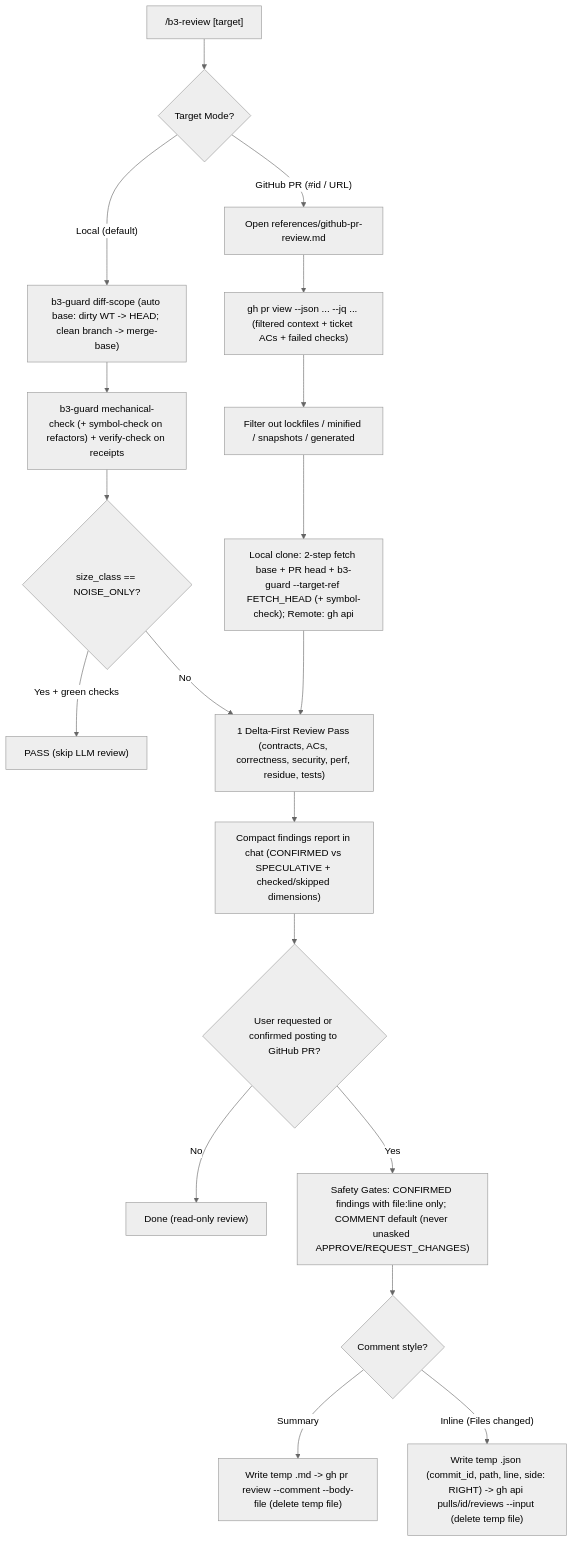
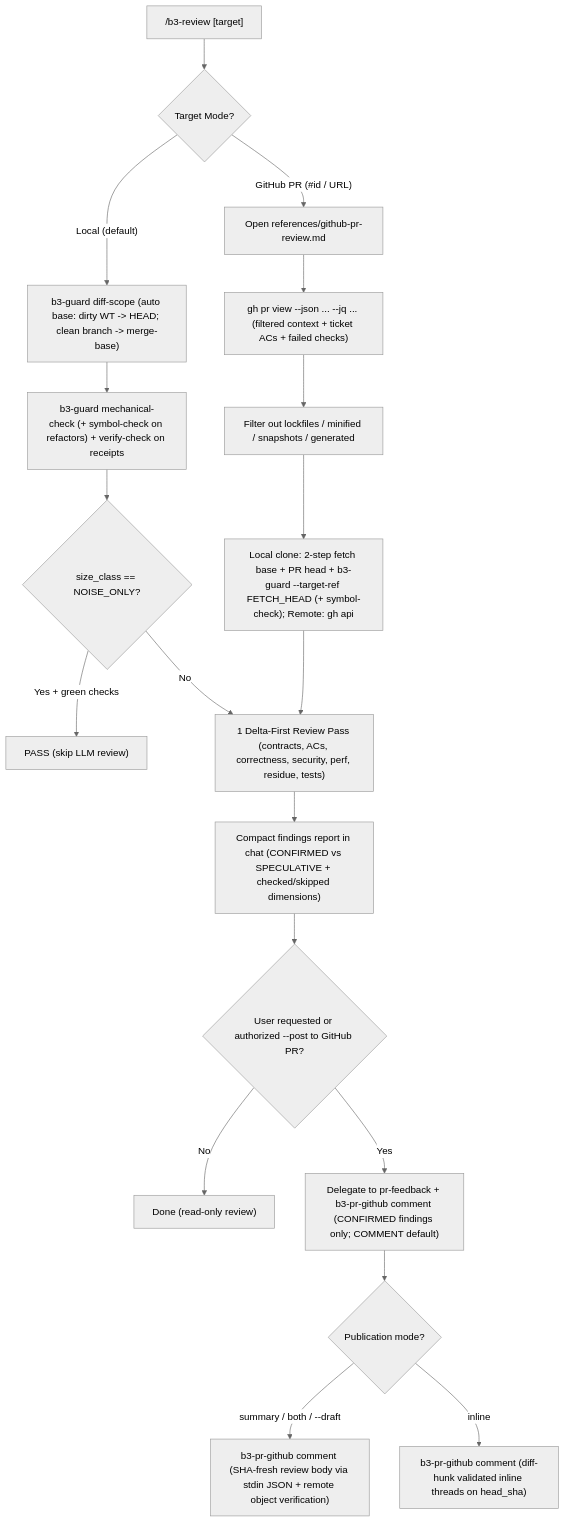
One commit to hptbee/b3_ai-engineering changed the fourth of 5 diagrams in docs/ship-and-review-guide.md. Above: the diagram before and after it, drawn with Mermaid (neutral theme). The commit also changed other lines of this file and 15 other files, not shown here.

````diff
--- a/docs/ship-and-review-guide.md
+++ b/docs/ship-and-review-guide.md
@@ -152,24 +166,24 @@
 ```mermaid
 flowchart TD
     Inv["/b3-review [target]"] --> Mode{"Target Mode?"}
 
     Mode -->|"Local (default)"| AutoBase["b3-guard diff-scope (auto base: dirty WT -> HEAD; clean branch -> merge-base)"]
     AutoBase --> LocalMech["b3-guard mechanical-check (+ symbol-check on refactors) + verify-check on receipts"]
     LocalMech --> LocalNoise{"size_class == NOISE_ONLY?"}
     LocalNoise -->|"Yes + green checks"| LocalPass["PASS (skip LLM review)"]
     LocalNoise -->|"No"| ReviewPass["1 Delta-First Review Pass (contracts, ACs, correctness, security, perf, residue, tests)"]
 
     Mode -->|"GitHub PR (#id / URL)"| LoadRef["Open references/github-pr-review.md"]
     LoadRef --> PrMeta["gh pr view --json ... --jq ... (filtered context + ticket ACs + failed checks)"]
     PrMeta --> FilterNoise["Filter out lockfiles / minified / snapshots / generated"]
     FilterNoise --> FetchDiff["Local clone: 2-step fetch base + PR head + b3-guard --target-ref FETCH_HEAD (+ symbol-check); Remote: gh api"]
     FetchDiff --> ReviewPass
 
     ReviewPass --> ChatReport["Compact findings report in chat (CONFIRMED vs SPECULATIVE + checked/skipped dimensions)"]
-    ChatReport --> PostGate{"User requested or confirmed posting to GitHub PR?"}
+    ChatReport --> PostGate{"User requested or authorized --post to GitHub PR?"}
     PostGate -->|"No"| Done["Done (read-only review)"]
-    PostGate -->|"Yes"| SignalGate["Safety Gates: CONFIRMED findings with file:line only; COMMENT default (never unasked APPROVE/REQUEST_CHANGES)"]
-    SignalGate --> PostType{"Comment style?"}
-    PostType -->|"Summary"| SummaryCmd["Write temp .md -> gh pr review --comment --body-file (delete temp file)"]
-    PostType -->|"Inline (Files changed)"| InlineCmd["Write temp .json (commit_id, path, line, side: RIGHT) -> gh api pulls/id/reviews --input (delete temp file)"]
+    PostGate -->|"Yes"| SignalGate["Delegate to pr-feedback + b3-pr-github comment (CONFIRMED findings only; COMMENT default)"]
+    SignalGate --> PostType{"Publication mode?"}
+    PostType -->|"summary / both / --draft"| SummaryCmd["b3-pr-github comment (SHA-fresh review body via stdin JSON + remote object verification)"]
+    PostType -->|"inline"| InlineCmd["b3-pr-github comment (diff-hunk validated inline threads on head_sha)"]
 ```
````
